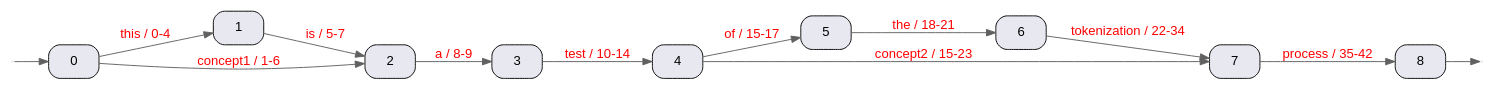
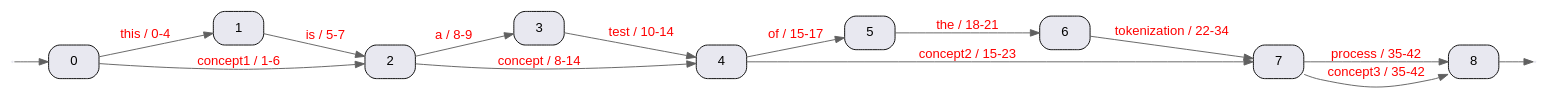
One commit to structs-nl/search-sandbox changed the diagram in index/graph.dot. Above: the diagram before and after it, drawn with Graphviz. The commit also changed 2 other files, not shown here.

```diff
--- a/index/graph.dot
+++ b/index/graph.dot
@@ -1,30 +1,32 @@
 digraph tokens {
   graph [ fontsize=30 labelloc="t" label="" splines=true overlap=false rankdir = "LR" ];
   // A2 paper size
   size = "34.4,16.5";
   edge [ fontname="Helvetica" fontcolor="red" color="#606060" ]
   node [ style="filled" fillcolor="#e8e8f0" shape="Mrecord" fontname="Helvetica" ]
 
   0 [label="0"]
   -1 [shape=point color=white]
   -1 -> 0 []
   0 -> 1 [ label="this / 0-4"]
   0 -> 2 [ label="concept1 / 1-6"]
   1 [label="1"]
   1 -> 2 [ label="is / 5-7"]
   2 [label="2"]
   2 -> 3 [ label="a / 8-9"]
+  2 -> 4 [ label="concept / 8-14"]
   3 [label="3"]
   3 -> 4 [ label="test / 10-14"]
   4 [label="4"]
   4 -> 5 [ label="of / 15-17"]
   4 -> 7 [ label="concept2 / 15-23"]
   5 [label="5"]
   5 -> 6 [ label="the / 18-21"]
   6 [label="6"]
   6 -> 7 [ label="tokenization / 22-34"]
   7 [label="7"]
   7 -> 8 [ label="process / 35-42"]
+  7 -> 8 [ label="concept3 / 35-42"]
   -2 [shape=point color=white]
   8 -> -2 []
 }
```
